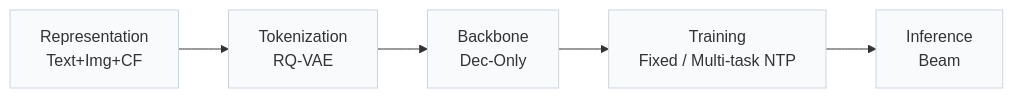
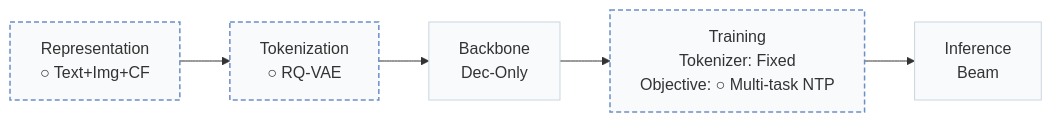
The first of 2 diagrams in pages/papers/plum.md (Galaxy-ghost/Awesome-SID-Generative-Rec), drawn with Mermaid before and after one commit. The commit also changed other lines of this file and 558 other files, not shown here.

````diff
--- a/pages/papers/plum.md
+++ b/pages/papers/plum.md
@@ -15,6 +18,8 @@
 ```mermaid
 flowchart LR
-    R["Representation<br/>Text+Img+CF"] --> T["Tokenization<br/>RQ-VAE"] --> B["Backbone<br/>Dec-Only"] --> TR["Training<br/>Fixed / Multi-task NTP"] --> I["Inference<br/>Beam"]
+    R["Representation<br/>○ Text+Img+CF"] --> T["Tokenization<br/>○ RQ-VAE"] --> B["Backbone<br/>Dec-Only"] --> TR["Training<br/>Tokenizer: Fixed<br/>Objective: ○ Multi-task NTP"] --> I["Inference<br/>Beam"]
     classDef base fill:#f8fafc,stroke:#cbd5e1
     class R,T,B,TR,I base
+    classDef other fill:#f8fafc,stroke:#6b8fc7,stroke-width:1.5px,stroke-dasharray:5 3
+    class R,T,TR other
 ```
````
